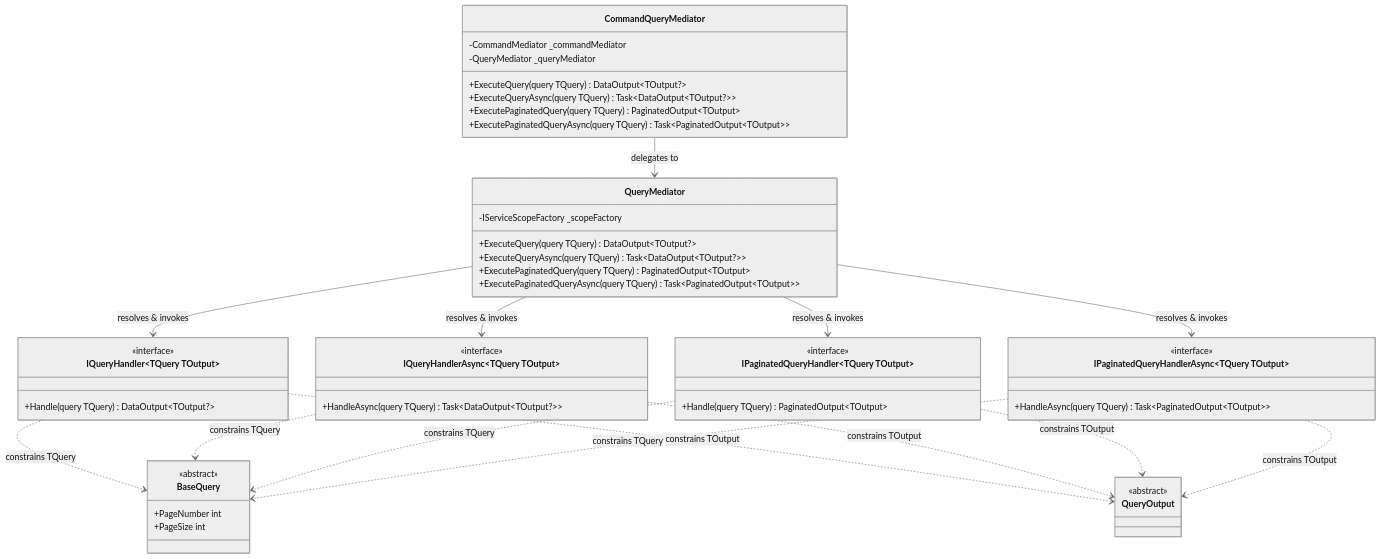
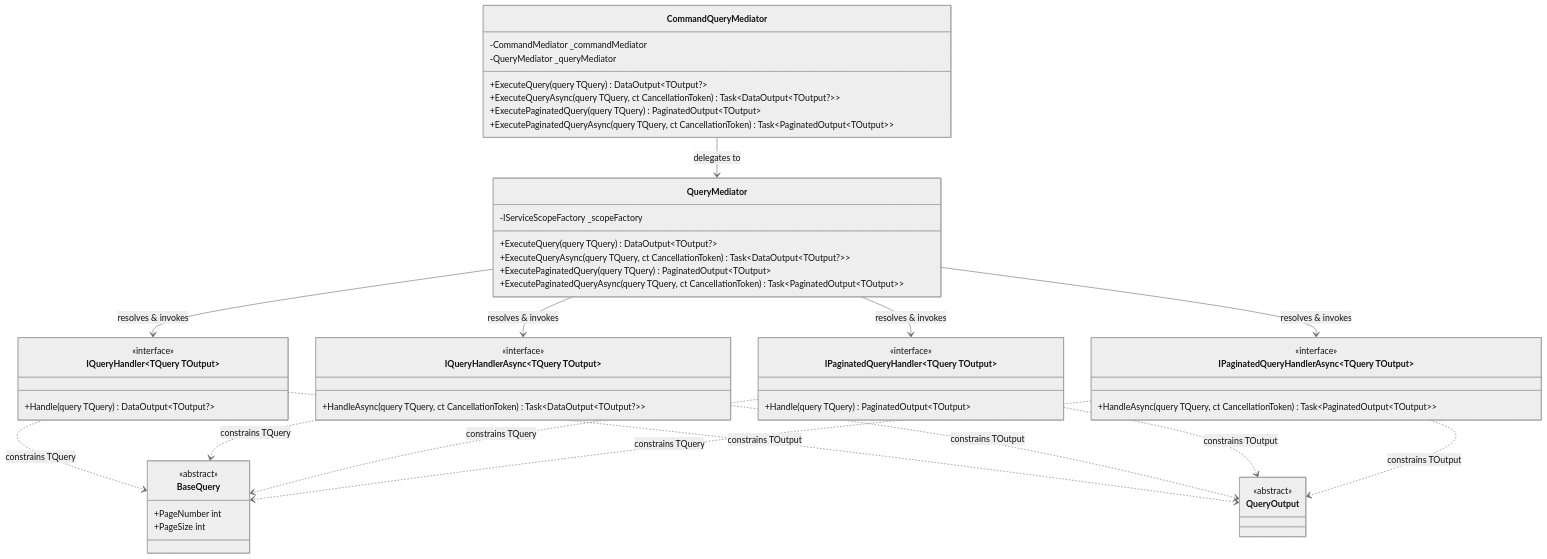
Before and after one commit to artur-rios/dotnet-mediator: the first of 4 diagrams in docs/content/en/docs/query-architecture.md, drawn with Mermaid (neutral theme). The commit also changed other lines of this file and 14 other files, not shown here.

````diff
--- a/docs/content/en/docs/query-architecture.md
+++ b/docs/content/en/docs/query-architecture.md
@@ -100,65 +100,65 @@
 ```mermaid
 classDiagram
     direction TB
 
     class BaseQuery {
         <<abstract>>
         +PageNumber int
         +PageSize int
     }
 
     class QueryOutput {
         <<abstract>>
     }
 
     class IQueryHandler~TQuery TOutput~ {
         <<interface>>
         +Handle(query TQuery) DataOutput~TOutput?~
     }
 
     class IQueryHandlerAsync~TQuery TOutput~ {
         <<interface>>
-        +HandleAsync(query TQuery) Task~DataOutput~TOutput?~~
+        +HandleAsync(query TQuery, ct CancellationToken) Task~DataOutput~TOutput?~~
     }
 
     class IPaginatedQueryHandler~TQuery TOutput~ {
         <<interface>>
         +Handle(query TQuery) PaginatedOutput~TOutput~
     }
 
     class IPaginatedQueryHandlerAsync~TQuery TOutput~ {
         <<interface>>
-        +HandleAsync(query TQuery) Task~PaginatedOutput~TOutput~~
+        +HandleAsync(query TQuery, ct CancellationToken) Task~PaginatedOutput~TOutput~~
     }
 
     class QueryMediator {
         -IServiceScopeFactory _scopeFactory
         +ExecuteQuery(query TQuery) DataOutput~TOutput?~
-        +ExecuteQueryAsync(query TQuery) Task~DataOutput~TOutput?~~
+        +ExecuteQueryAsync(query TQuery, ct CancellationToken) Task~DataOutput~TOutput?~~
         +ExecutePaginatedQuery(query TQuery) PaginatedOutput~TOutput~
-        +ExecutePaginatedQueryAsync(query TQuery) Task~PaginatedOutput~TOutput~~
+        +ExecutePaginatedQueryAsync(query TQuery, ct CancellationToken) Task~PaginatedOutput~TOutput~~
     }
 
     class CommandQueryMediator {
         -CommandMediator _commandMediator
         -QueryMediator _queryMediator
         +ExecuteQuery(query TQuery) DataOutput~TOutput?~
-        +ExecuteQueryAsync(query TQuery) Task~DataOutput~TOutput?~~
+        +ExecuteQueryAsync(query TQuery, ct CancellationToken) Task~DataOutput~TOutput?~~
         +ExecutePaginatedQuery(query TQuery) PaginatedOutput~TOutput~
-        +ExecutePaginatedQueryAsync(query TQuery) Task~PaginatedOutput~TOutput~~
+        +ExecutePaginatedQueryAsync(query TQuery, ct CancellationToken) Task~PaginatedOutput~TOutput~~
     }
 
     IQueryHandler~TQuery TOutput~ ..> BaseQuery : constrains TQuery
     IQueryHandler~TQuery TOutput~ ..> QueryOutput : constrains TOutput
     IQueryHandlerAsync~TQuery TOutput~ ..> BaseQuery : constrains TQuery
     IQueryHandlerAsync~TQuery TOutput~ ..> QueryOutput : constrains TOutput
     IPaginatedQueryHandler~TQuery TOutput~ ..> BaseQuery : constrains TQuery
     IPaginatedQueryHandler~TQuery TOutput~ ..> QueryOutput : constrains TOutput
     IPaginatedQueryHandlerAsync~TQuery TOutput~ ..> BaseQuery : constrains TQuery
     IPaginatedQueryHandlerAsync~TQuery TOutput~ ..> QueryOutput : constrains TOutput
     QueryMediator --> IQueryHandler~TQuery TOutput~ : resolves & invokes
     QueryMediator --> IQueryHandlerAsync~TQuery TOutput~ : resolves & invokes
     QueryMediator --> IPaginatedQueryHandler~TQuery TOutput~ : resolves & invokes
     QueryMediator --> IPaginatedQueryHandlerAsync~TQuery TOutput~ : resolves & invokes
     CommandQueryMediator --> QueryMediator : delegates to
 ```
````
